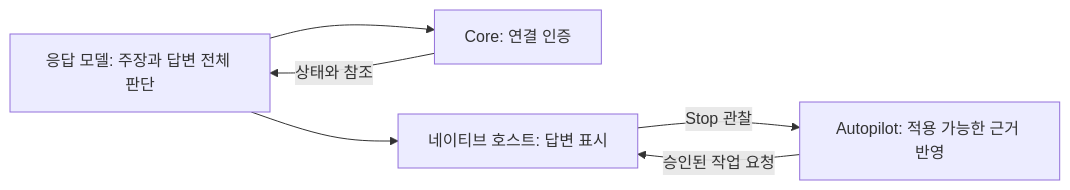
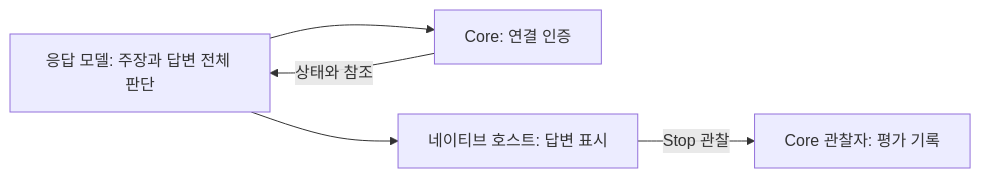
Before and after one commit to AidALL/ghost-alice: the diagram in docs/ko/policies/tool-output-semantics.md, drawn with Mermaid. The commit also changed other lines of this file and 26 other files, not shown here.

````diff
--- a/docs/ko/policies/tool-output-semantics.md
+++ b/docs/ko/policies/tool-output-semantics.md
@@ -19,8 +19,7 @@
 ```mermaid
 flowchart LR
   M["응답 모델: 주장과 답변 전체 판단"] --> C["Core: 연결 인증"]
   C -->|상태와 참조| M
   M --> H["네이티브 호스트: 답변 표시"]
-  H -->|Stop 관찰| A["Autopilot: 적용 가능한 근거 반영"]
-  A -->|승인된 작업 요청| H
+  H -->|Stop 관찰| S["Core 관찰자: 평가 기록"]
 ```
````
